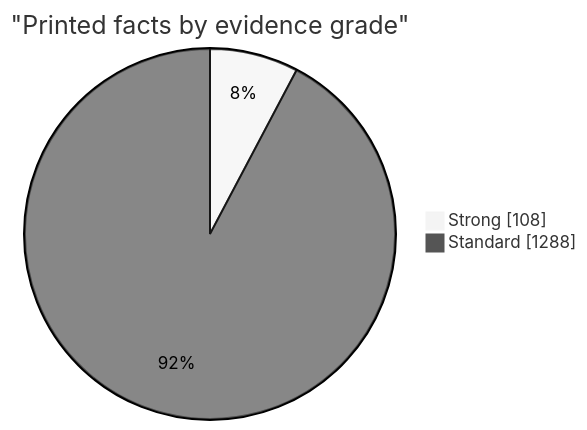
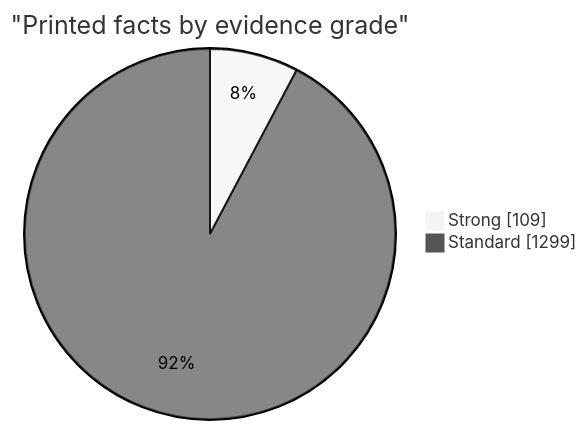
One commit to EU27-data-sovereignty/eu27-data-sovereignty changed the first of 5 diagrams in docs/evidence.md. Above: the diagram before and after it, drawn with Mermaid (neutral theme). The commit also changed other lines of this file and 57 other files, not shown here.

````diff
--- a/docs/evidence.md
+++ b/docs/evidence.md
@@ -18,6 +18,6 @@
 ```mermaid
 pie showData
   title "Printed facts by evidence grade"
-  "Strong" : 108
-  "Standard" : 1288
+  "Strong" : 109
+  "Standard" : 1299
 ```
````
